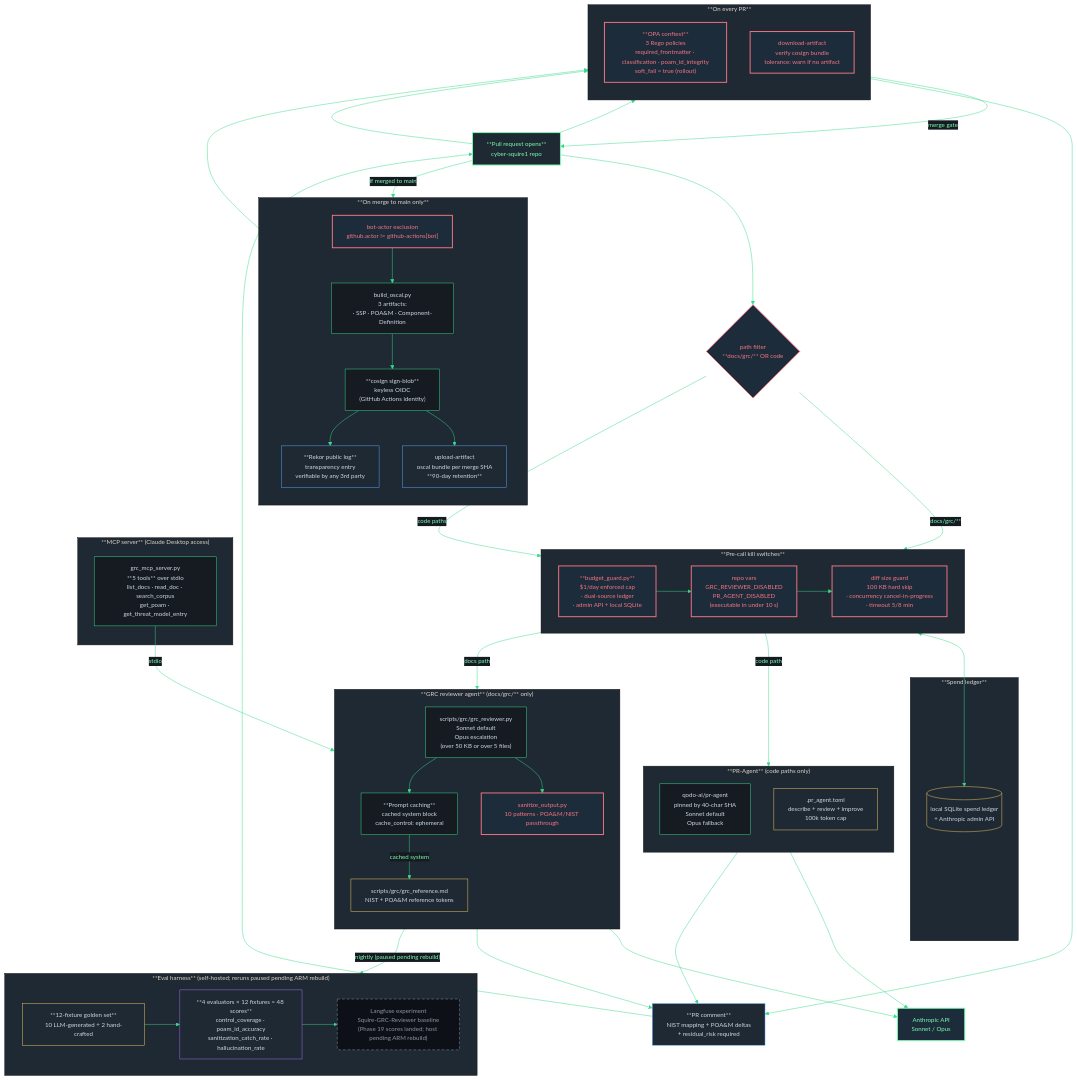
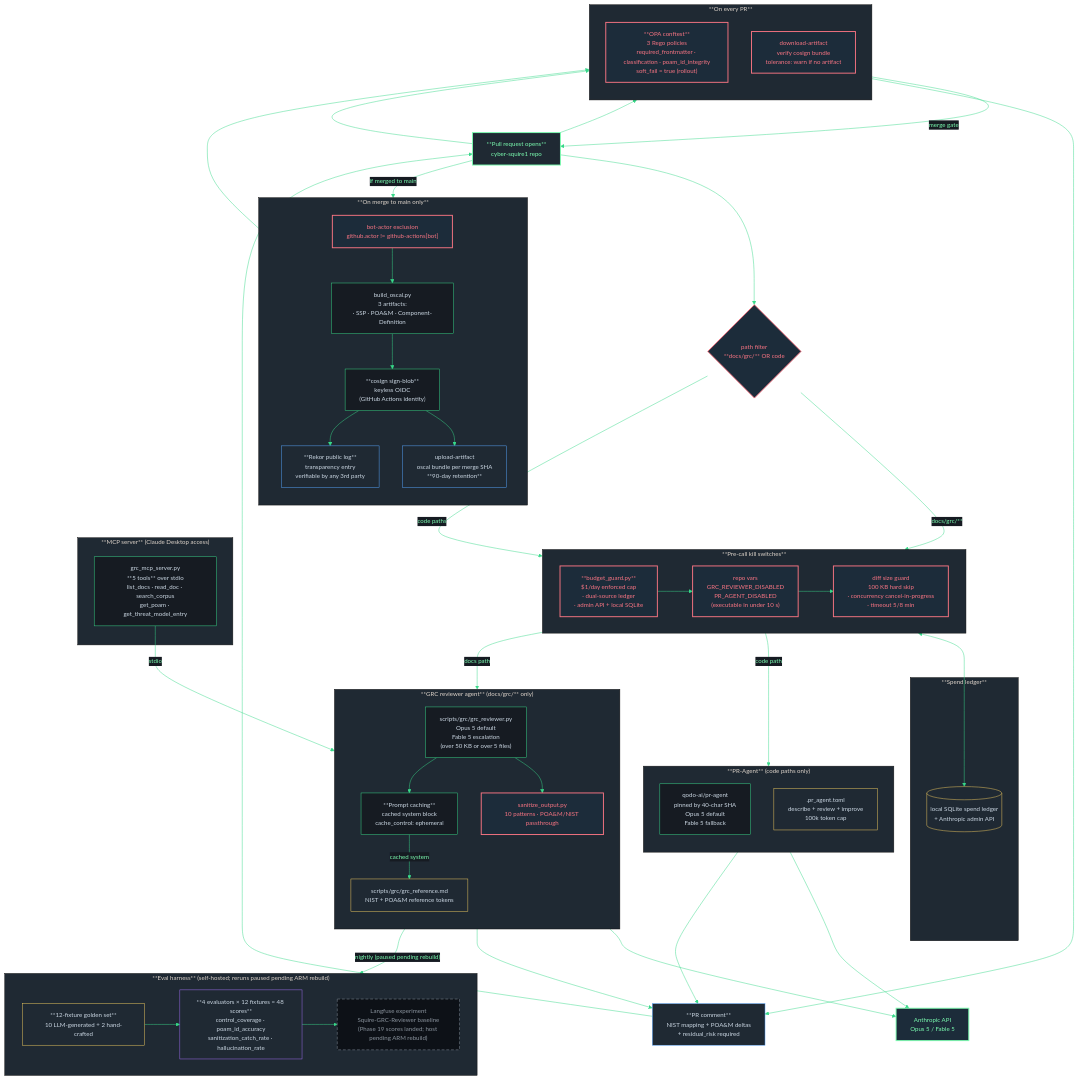
One commit to ET-sec/cyber-squire1 changed the diagram in docs/architecture/INFORMATION_FLOWS_2.mmd. Above: the diagram before and after it, drawn with Mermaid. The commit also changed 49 other files, not shown here.

First line of the commit message:
feat: multi-cloud positioning + Opus 5 / Fable 5 model standard (#33)

```diff
--- a/docs/architecture/INFORMATION_FLOWS_2.mmd
+++ b/docs/architecture/INFORMATION_FLOWS_2.mmd
@@ -1,115 +1,115 @@
 %%{init: {'theme':'base', 'themeVariables': {
   'primaryColor':'#0d1117',
   'primaryTextColor':'#7CFFB2',
   'primaryBorderColor':'#39d98a',
   'lineColor':'#39d98a',
   'secondaryColor':'#161b22',
   'tertiaryColor':'#1f2933',
   'fontFamily':'JetBrains Mono, Menlo, monospace',
   'fontSize':'13px'
 }}}%%
 flowchart TB
 
   classDef src fill:#1f2933,stroke:#7CFFB2,color:#7CFFB2,stroke-width:2px
   classDef gate fill:#1c2c3a,stroke:#f97583,color:#f97583,stroke-width:2px
   classDef agent fill:#161b22,stroke:#39d98a,color:#cdd9e5
   classDef model fill:#1c2c3a,stroke:#7CFFB2,color:#7CFFB2,stroke-width:2px
   classDef store fill:#1f2933,stroke:#f2cc60,color:#cdd9e5
   classDef obs fill:#1f2933,stroke:#a371f7,color:#cdd9e5
   classDef out fill:#1f2933,stroke:#58a6ff,color:#cdd9e5
   classDef pending fill:#0d1117,stroke:#8b949e,color:#8b949e,stroke-dasharray:6 4
 
   PR["**Pull request opens**<br/>cyber-squire1 repo"]:::src
 
   PATH{"path filter<br/>**docs/grc/** OR code"}:::gate
 
   subgraph BUDGET["**Pre-call kill switches**"]
     direction LR
     BG["**budget_guard.py**<br/>$1/day enforced cap<br/>· dual-source ledger<br/>· admin API + local SQLite"]:::gate
     KILL["repo vars<br/>GRC_REVIEWER_DISABLED<br/>PR_AGENT_DISABLED<br/>(executable in under 10 s)"]:::gate
     SIZE["diff size guard<br/>100 KB hard skip<br/>· concurrency cancel-in-progress<br/>· timeout 5/8 min"]:::gate
   end
 
   subgraph DOCAGENT["**GRC reviewer agent** (docs/grc/** only)"]
     direction TB
-    GRCREV["scripts/grc/grc_reviewer.py<br/>Sonnet default<br/>Opus escalation<br/>(over 50 KB or over 5 files)"]:::agent
+    GRCREV["scripts/grc/grc_reviewer.py<br/>Opus 5 default<br/>Fable 5 escalation<br/>(over 50 KB or over 5 files)"]:::agent
     PCACHE["**Prompt caching**<br/>cached system block<br/>cache_control: ephemeral"]:::agent
     GRCREF["scripts/grc/grc_reference.md<br/>NIST + POA&M reference tokens"]:::store
     SAN["sanitize_output.py<br/>10 patterns · POA&M/NIST passthrough"]:::gate
   end
 
   subgraph CODEAGENT["**PR-Agent** (code paths only)"]
     direction TB
-    PRA["qodo-ai/pr-agent<br/>pinned by 40-char SHA<br/>Sonnet default<br/>Opus fallback"]:::agent
+    PRA["qodo-ai/pr-agent<br/>pinned by 40-char SHA<br/>Opus 5 default<br/>Fable 5 fallback"]:::agent
     PRACONF[".pr_agent.toml<br/>describe + review + improve<br/>100k token cap"]:::store
   end
 
   subgraph MCP["**MCP server** (Claude Desktop access)"]
     MCPSRV["grc_mcp_server.py<br/>**5 tools** over stdio<br/>list_docs · read_doc · search_corpus<br/>get_poam · get_threat_model_entry"]:::agent
   end
 
   subgraph MERGE["**On merge to main only**"]
     direction TB
     MGUARD["bot-actor exclusion<br/>github.actor != github-actions[bot]"]:::gate
     BUILDOSCAL["build_oscal.py<br/>3 artifacts:<br/>· SSP · POA&M · Component-Definition"]:::agent
     COSIGN["**cosign sign-blob**<br/>keyless OIDC<br/>(GitHub Actions identity)"]:::agent
     REKOR["**Rekor public log**<br/>transparency entry<br/>verifiable by any 3rd party"]:::out
     UPLOAD["upload-artifact<br/>oscal bundle per merge SHA<br/>**90-day retention**"]:::out
   end
 
   subgraph PRGATE["**On every PR**"]
     direction TB
     OPA["**OPA conftest**<br/>3 Rego policies<br/>required_frontmatter · classification · poam_id_integrity<br/>soft_fail = true (rollout)"]:::gate
     DDLOAD["download-artifact<br/>verify cosign bundle<br/>tolerance: warn if no artifact"]:::gate
   end
 
   subgraph EVAL["**Eval harness** (self-hosted; reruns paused pending ARM rebuild)"]
     direction LR
     GOLDEN["**12-fixture golden set**<br/>10 LLM-generated + 2 hand-crafted"]:::store
     LFEXP["Langfuse experiment<br/>Squire-GRC-Reviewer baseline<br/>(Phase 19 scores landed; host pending ARM rebuild)"]:::pending
     EVALS["**4 evaluators × 12 fixtures = 48 scores**<br/>control_coverage · poam_id_accuracy<br/>sanitization_catch_rate · hallucination_rate"]:::obs
   end
 
   subgraph BUDGETLEDGER["**Spend ledger**"]
     LEDGER[("local SQLite spend ledger<br/>+ Anthropic admin API")]:::store
   end
 
-  ANTH["Anthropic API<br/>Sonnet / Opus"]:::model
+  ANTH["Anthropic API<br/>Opus 5 / Fable 5"]:::model
   COMMENT["**PR comment**<br/>NIST mapping + POA&M deltas<br/>+ residual_risk required"]:::out
 
   PR --> PATH
   PATH -->|docs/grc/**| BG
   PATH -->|code paths| BG
   BG --> KILL
   KILL --> SIZE
   SIZE -->|docs path| GRCREV
   SIZE -->|code path| PRA
 
   GRCREV --> PCACHE
   PCACHE -->|cached system| GRCREF
   GRCREV --> ANTH
   GRCREV --> SAN
   SAN --> COMMENT
   PRA --> ANTH
   PRA --> COMMENT
   COMMENT --> PR
 
   BG <--> LEDGER
 
   PR --> OPA
   OPA -->|merge gate| PR
   PR --> DDLOAD
   DDLOAD --> COMMENT
 
   PR -->|if merged to main| MGUARD
   MGUARD --> BUILDOSCAL
   BUILDOSCAL --> COSIGN
   COSIGN --> REKOR
   COSIGN --> UPLOAD
   UPLOAD --> DDLOAD
 
   GRCREV -->|"nightly (paused pending rebuild)"| EVALS
   EVALS --> LFEXP
   GOLDEN --> EVALS
 
   MCPSRV -->|stdio| GRCREV
```
